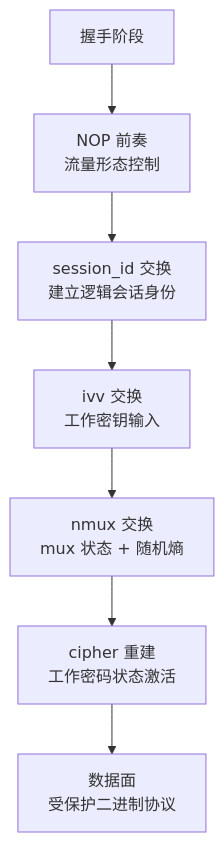
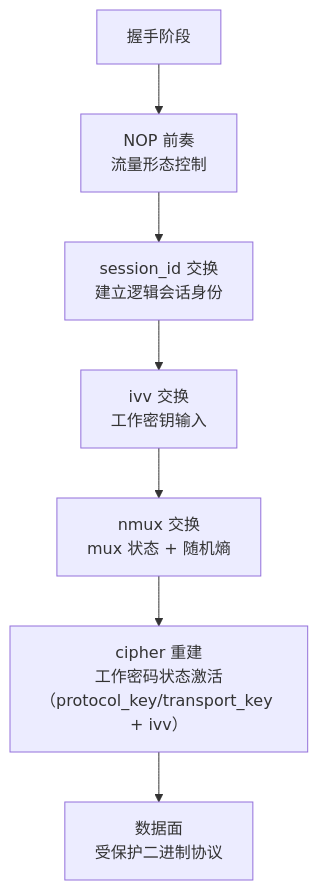
Before and after one commit to HyacinthHaru/openppp2: the first of 10 diagrams in docs/HANDSHAKE_SEQUENCE_CN.md, drawn with Mermaid. The commit also changed other lines of this file and 80 other files, not shown here.

````diff
--- a/docs/HANDSHAKE_SEQUENCE_CN.md
+++ b/docs/HANDSHAKE_SEQUENCE_CN.md
@@ -26,17 +26,17 @@
 ```mermaid
 graph TD
     Handshake["握手阶段"]
     NOPPrelude["NOP 前奏\n流量形态控制"]
     SessionID["session_id 交换\n建立逻辑会话身份"]
     IVVExchange["ivv 交换\n工作密钥输入"]
     NmuxExchange["nmux 交换\nmux 状态 + 随机熵"]
-    CipherRebuild["cipher 重建\n工作密码状态激活"]
+    CipherRebuild["cipher 重建\n工作密码状态激活（protocol_key/transport_key + ivv）"]
     DataPlane["数据面\n受保护二进制协议"]
 
     Handshake --> NOPPrelude
     NOPPrelude --> SessionID
     SessionID --> IVVExchange
     IVVExchange --> NmuxExchange
     NmuxExchange --> CipherRebuild
     CipherRebuild --> DataPlane
 ```
````
